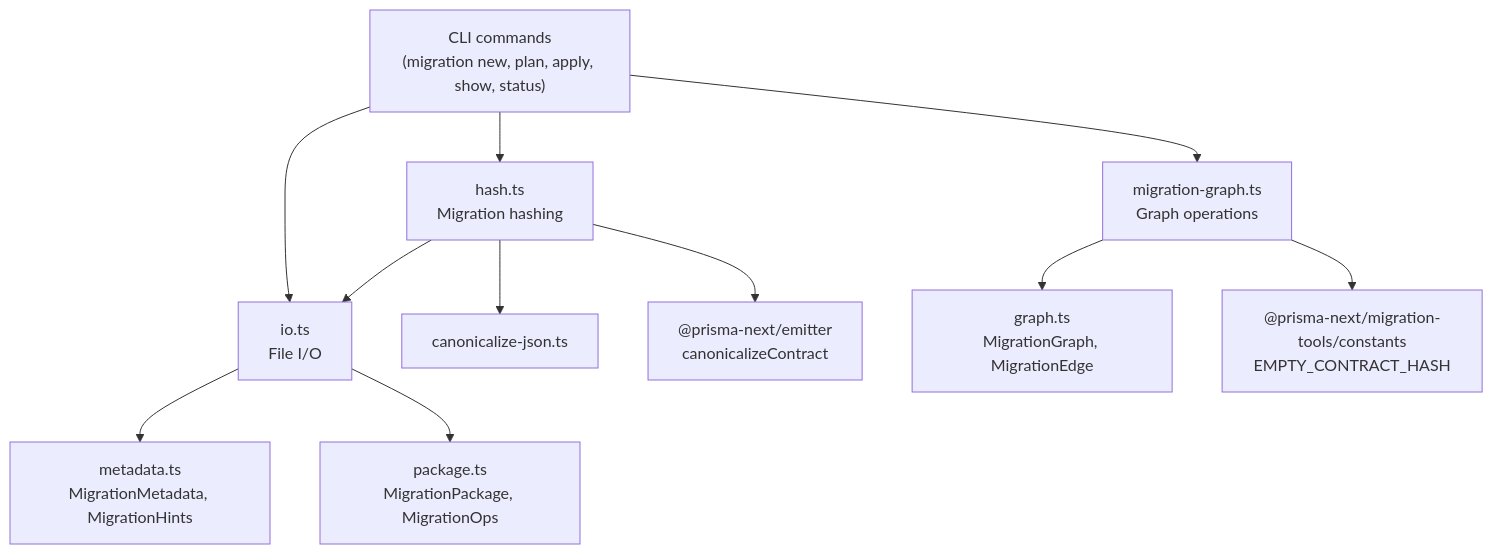
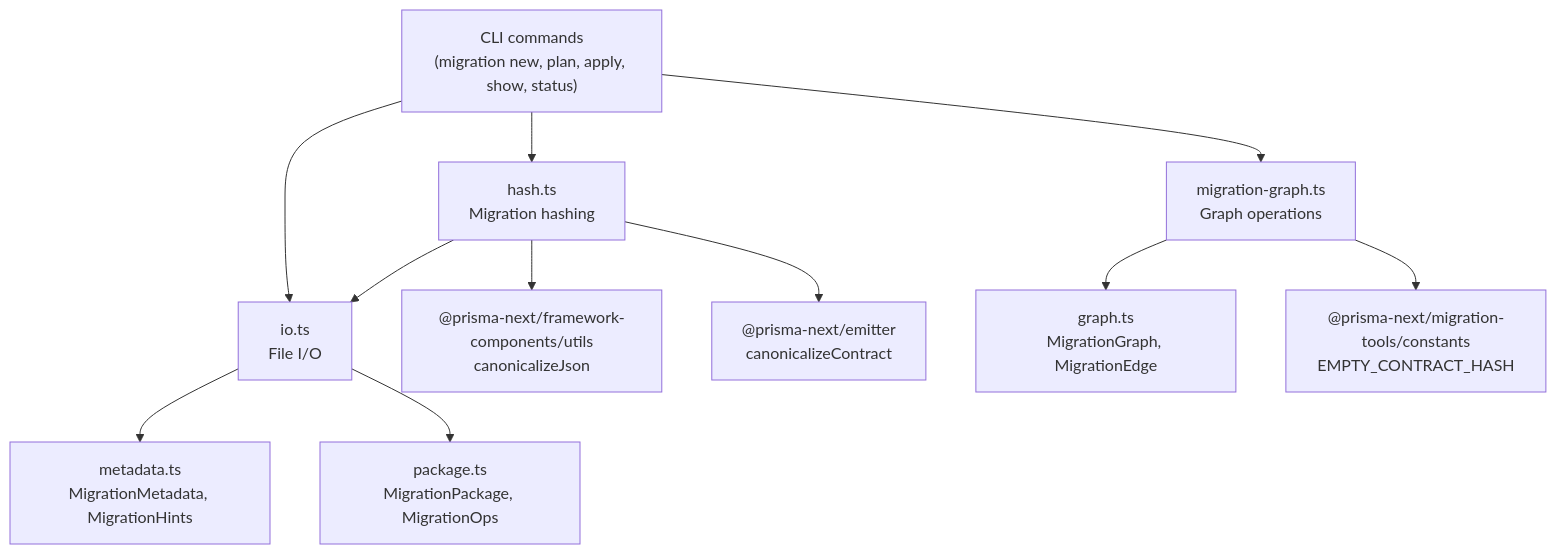
One commit to prisma/prisma-next changed the diagram in packages/1-framework/3-tooling/migration/README.md. Above: the diagram before and after it, drawn with Mermaid. The commit also changed 17 other files, not shown here.

First line of the commit message:
refactor(framework-components): relocate canonicalizeJson from migration

````diff
--- a/packages/1-framework/3-tooling/migration/README.md
+++ b/packages/1-framework/3-tooling/migration/README.md
@@ -45,13 +45,13 @@
 ```mermaid
 graph TD
     CLI["CLI commands<br/>(migration new, plan, apply, show, status)"] --> IO["io.ts<br/>File I/O"]
     CLI --> HASH["hash.ts<br/>Migration hashing"]
     CLI --> GRAPH["migration-graph.ts<br/>Graph operations"]
     IO --> META["metadata.ts<br/>MigrationMetadata, MigrationHints"]
     IO --> PKG["package.ts<br/>MigrationPackage, MigrationOps"]
     HASH --> IO
-    HASH --> CAN["canonicalize-json.ts"]
+    HASH --> CAN["@prisma-next/framework-components/utils<br/>canonicalizeJson"]
     HASH --> CP["@prisma-next/emitter<br/>canonicalizeContract"]
     GRAPH --> GR["graph.ts<br/>MigrationGraph, MigrationEdge"]
     GRAPH --> ABS["@prisma-next/migration-tools/constants<br/>EMPTY_CONTRACT_HASH"]
 ```
````
